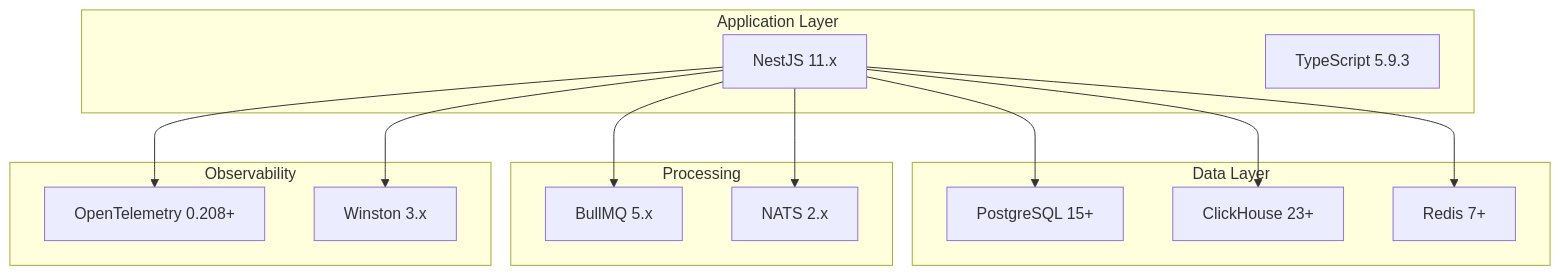
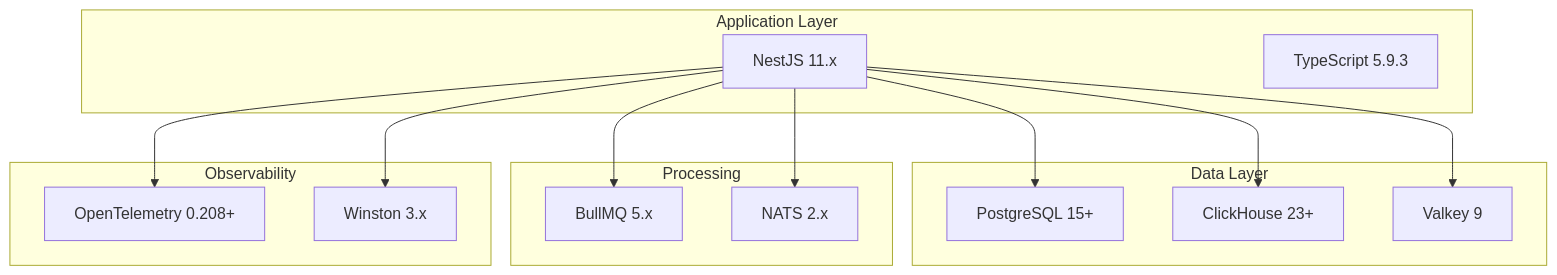
The first of 4 diagrams in backend/01-TECH-STACK.md (telemetryflow/telemetryflow-overview), drawn with Mermaid before and after one commit. The commit also changed other lines of this file and 24 other files, not shown here.

````diff
--- a/backend/01-TECH-STACK.md
+++ b/backend/01-TECH-STACK.md
@@ -35,31 +35,31 @@
 ```mermaid
 graph TB
     subgraph "Application Layer"
         A[NestJS 11.x]
         B[TypeScript 5.9.3]
     end
 
     subgraph "Data Layer"
         C[PostgreSQL 15+]
         D[ClickHouse 23+]
-        E[Redis 7+]
+        E[Valkey 9]
     end
 
     subgraph "Processing"
         F[BullMQ 5.x]
         G[NATS 2.x]
     end
 
     subgraph "Observability"
         H[OpenTelemetry 0.208+]
         I[Winston 3.x]
     end
 
     A --> C
     A --> D
     A --> E
     A --> F
     A --> G
     A --> H
     A --> I
 ```
````
